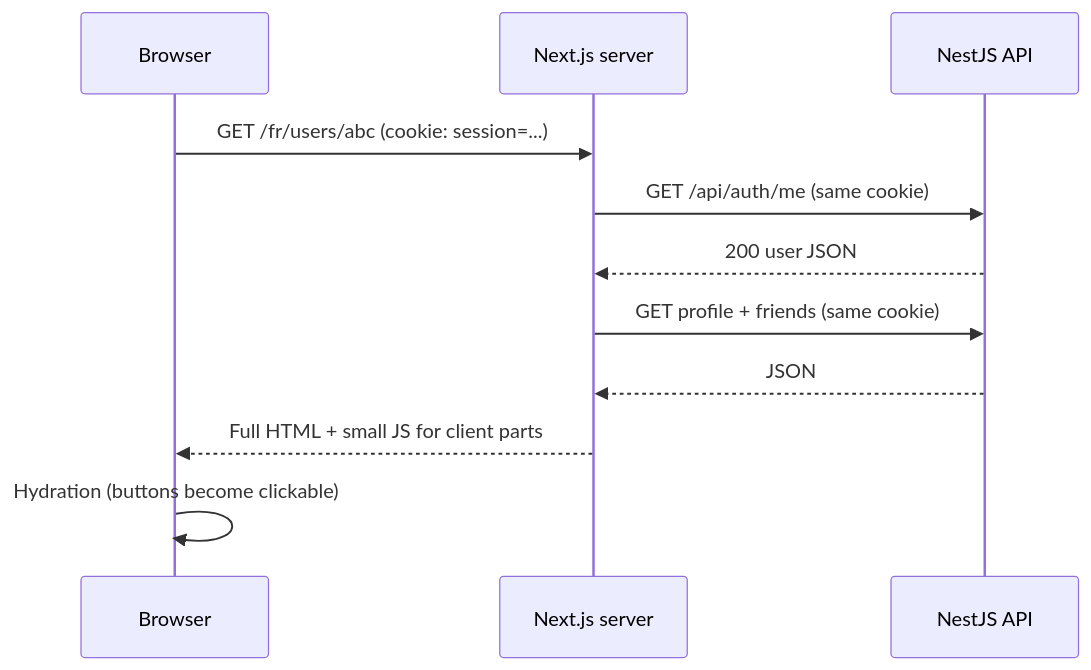
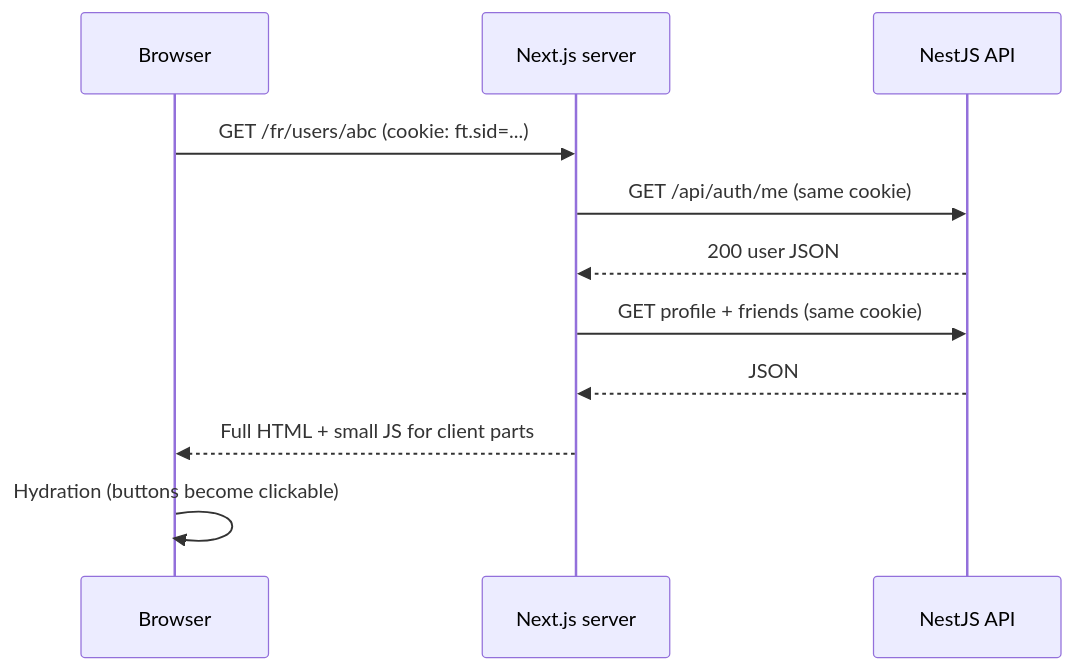
Before and after one commit to VictorBro/ft_transcendence: the sixth of 7 diagrams in docs/web/01-react-and-nextjs.md, drawn with Mermaid. The commit also changed other lines of this file and 86 other files, not shown here.

````diff
--- a/docs/web/01-react-and-nextjs.md
+++ b/docs/web/01-react-and-nextjs.md
@@ -557,13 +557,13 @@
 ```mermaid
 sequenceDiagram
   participant B as Browser
   participant N as Next.js server
   participant A as NestJS API
-  B->>N: GET /fr/users/abc (cookie: session=...)
+  B->>N: GET /fr/users/abc (cookie: ft.sid=...)
   N->>A: GET /api/auth/me (same cookie)
   A-->>N: 200 user JSON
   N->>A: GET profile + friends (same cookie)
   A-->>N: JSON
   N-->>B: Full HTML + small JS for client parts
   B->>B: Hydration (buttons become clickable)
 ```
````
